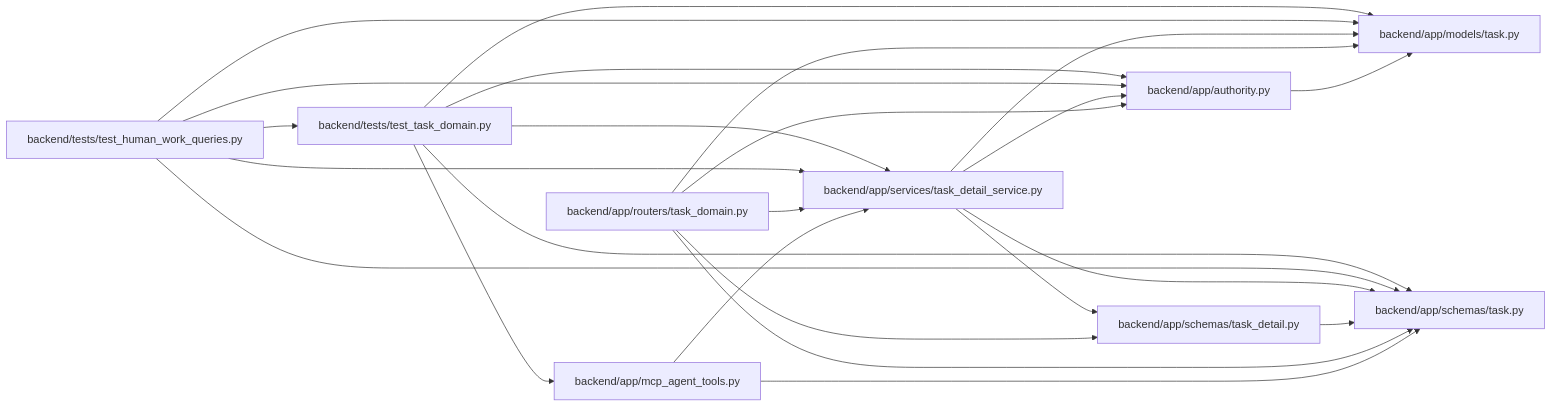
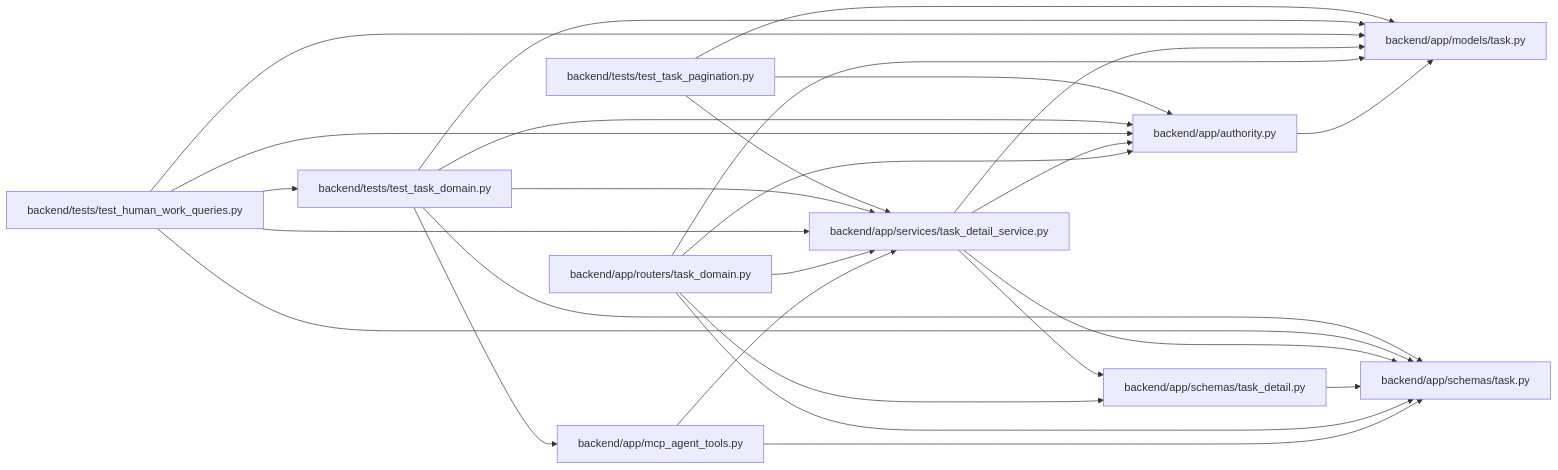
The diagram in docs/llm_wiki/modules/task_detail_service.md (Denissvgn/WorkChord), drawn with Mermaid before and after one commit. The commit also changed other lines of this file and 767 other files, not shown here.

````diff
--- a/docs/llm_wiki/modules/task_detail_service.md
+++ b/docs/llm_wiki/modules/task_detail_service.md
@@ -23,44 +25,49 @@
 ```mermaid
 flowchart LR
     n0["backend/app/authority.py"]
     n1["backend/app/mcp_agent_tools.py"]
     n2["backend/app/models/task.py"]
     n3["backend/app/routers/task_domain.py"]
     n4["backend/app/schemas/task.py"]
     n5["backend/app/schemas/task_detail.py"]
     n6["backend/app/services/task_detail_service.py"]
     n7["backend/tests/test_human_work_queries.py"]
     n8["backend/tests/test_task_domain.py"]
+    n9["backend/tests/test_task_pagination.py"]
     n0 --> n2
     n1 --> n4
     n1 --> n6
     n3 --> n0
     n3 --> n2
     n3 --> n4
     n3 --> n5
     n3 --> n6
     n5 --> n4
     n6 --> n0
     n6 --> n2
     n6 --> n4
     n6 --> n5
     n7 --> n0
     n7 --> n2
     n7 --> n4
     n7 --> n6
     n7 --> n8
     n8 --> n0
     n8 --> n1
     n8 --> n2
     n8 --> n4
     n8 --> n6
+    n9 --> n0
+    n9 --> n2
+    n9 --> n6
     click n0 "../modules/authority.md"
     click n1 "../modules/mcp_agent_tools.md"
     click n2 "../modules/models_task.md"
     click n3 "../modules/routers_task_domain.md"
     click n4 "../modules/schemas_task.md"
     click n5 "../modules/task_detail.md"
     click n6 "../modules/task_detail_service.md"
     click n7 "../modules/test_human_work_queries.md"
     click n8 "../modules/test_task_domain.md"
+    click n9 "../modules/test_task_pagination.md"
 ```
````
